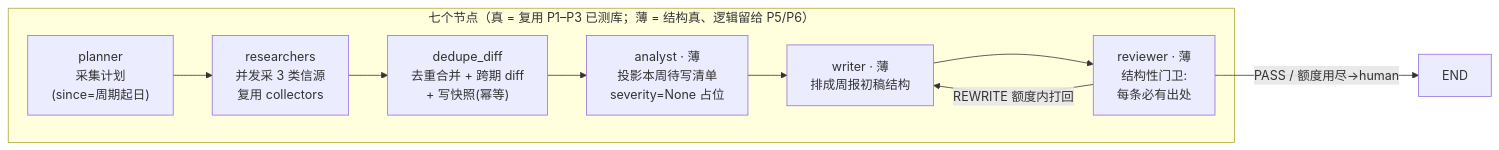
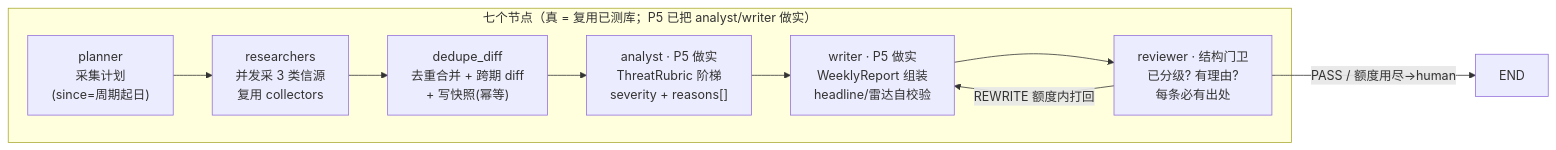
One commit to Aeloris/competition-watch-engine changed the diagram in docs/orchestrator.md. Above: the diagram before and after it, drawn with Mermaid. The commit also changed other lines of this file and 17 other files, not shown here.

First line of the commit message:
Phase 5: Analyst 威胁分级 rubric + Writer 模板化合规周报

````diff
--- a/docs/orchestrator.md
+++ b/docs/orchestrator.md
@@ -12,14 +14,14 @@
 ```mermaid
 flowchart LR
-  subgraph NODES["七个节点（真 = 复用 P1–P3 已测库；薄 = 结构真、逻辑留给 P5/P6）"]
+  subgraph NODES["七个节点（真 = 复用已测库；P5 已把 analyst/writer 做实）"]
     PL["planner<br/>采集计划<br/>(since=周期起日)"]
     RS["researchers<br/>并发采 3 类信源<br/>复用 collectors"]
     DD["dedupe_diff<br/>去重合并 + 跨期 diff<br/>+ 写快照(幂等)"]
-    AN["analyst · 薄<br/>投影本周待写清单<br/>severity=None 占位"]
-    WR["writer · 薄<br/>排成周报初稿结构"]
-    RV["reviewer · 薄<br/>结构性门卫:<br/>每条必有出处"]
+    AN["analyst · P5 做实<br/>ThreatRubric 阶梯<br/>severity + reasons[]"]
+    WR["writer · P5 做实<br/>WeeklyReport 组装<br/>headline/雷达自校验"]
+    RV["reviewer · 结构门卫<br/>已分级? 有理由?<br/>每条必有出处"]
   end
   PL --> RS --> DD --> AN --> WR --> RV
   RV -->|"REWRITE 额度内打回"| WR
   RV -->|"PASS / 额度用尽→human"| END["END"]
 ```
````
